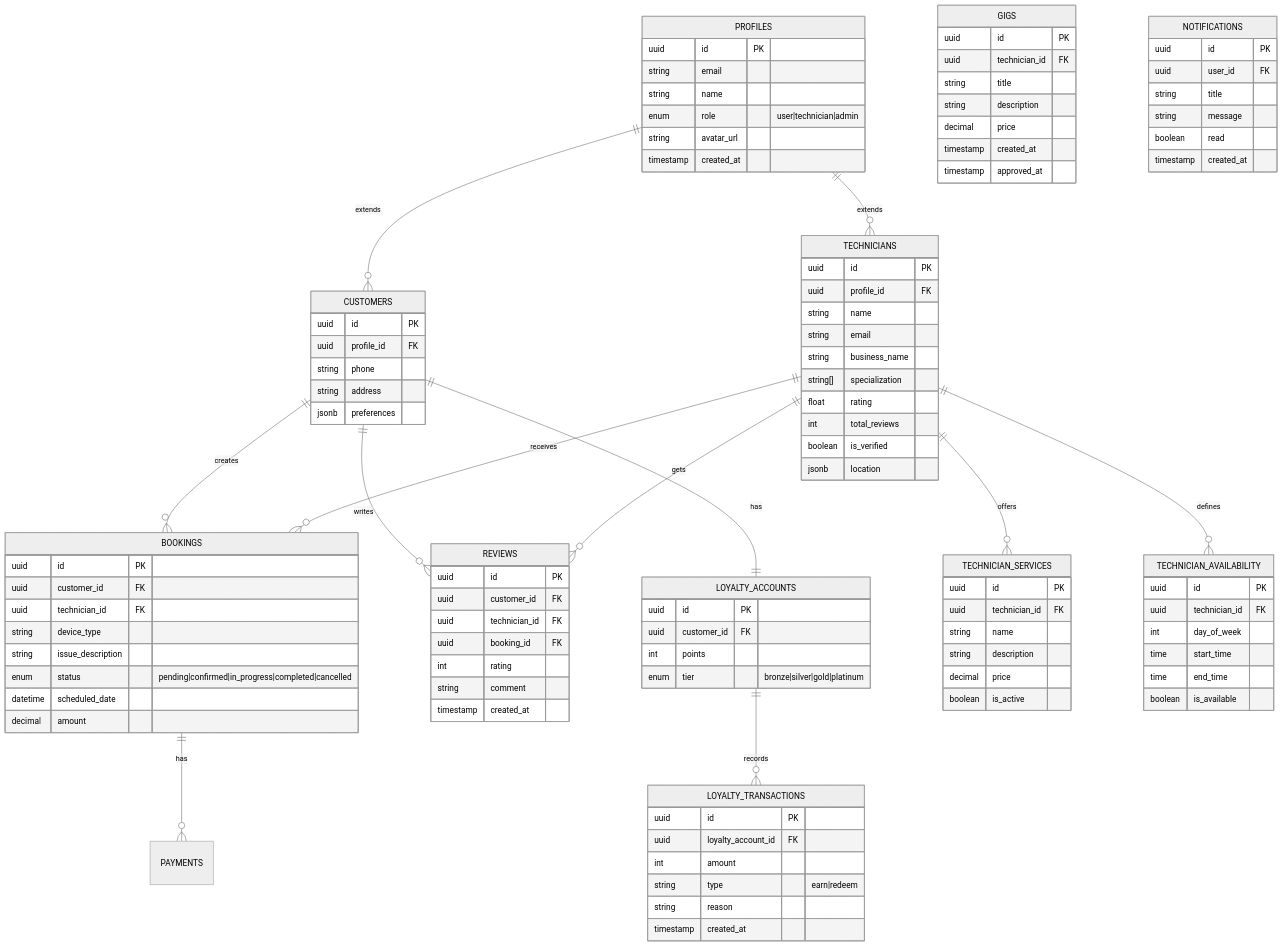
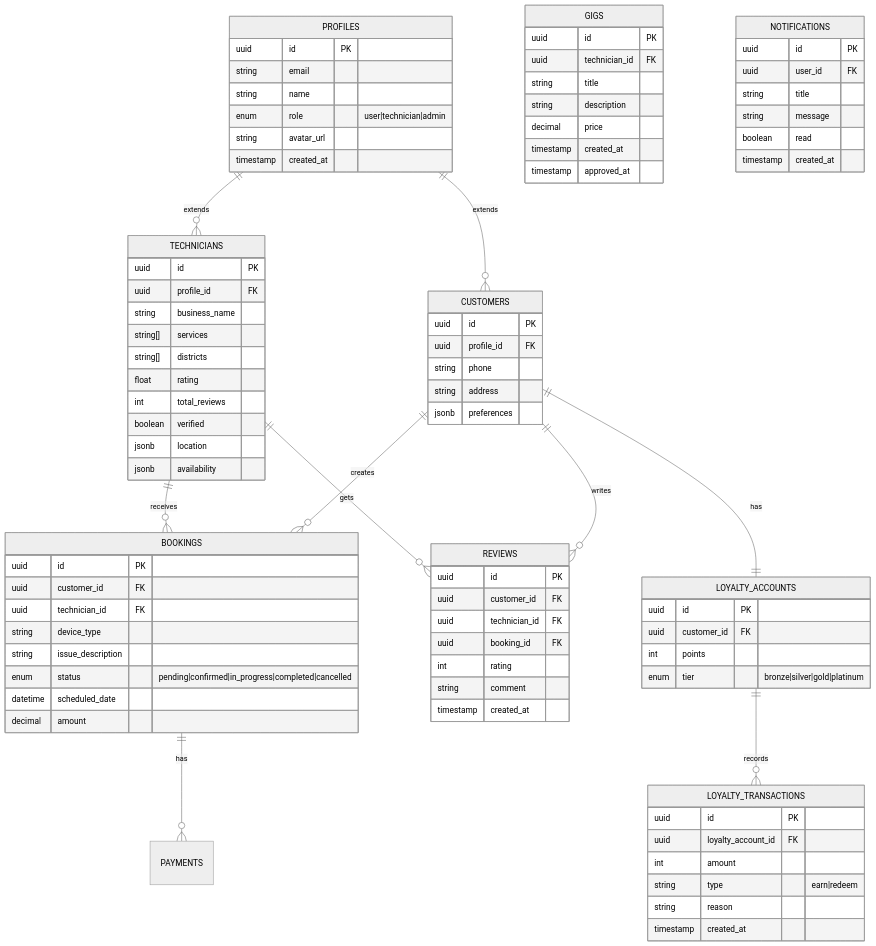
One commit to Irchika774/Tech-Care_official changed the third of 15 diagrams in README.md. Above: the diagram before and after it, drawn with Mermaid (neutral theme). The commit also changed other lines of this file and 8 other files, not shown here.

Commit message:
release(v2.5.0): Schema simplification, codebase cleanup & documentation sync

```diff
--- a/README.md
+++ b/README.md
@@ -267,37 +268,17 @@
     
     TECHNICIANS ||--o{ BOOKINGS : "receives"
     TECHNICIANS ||--o{ REVIEWS : "gets"
-    TECHNICIANS ||--o{ TECHNICIAN_SERVICES : "offers"
-    TECHNICIANS ||--o{ TECHNICIAN_AVAILABILITY : "defines"
     TECHNICIANS {
         uuid id PK
         uuid profile_id FK
-        string name
-        string email
         string business_name
-        string[] specialization
+        string[] services
+        string[] districts
         float rating
         int total_reviews
-        boolean is_verified
+        boolean verified
         jsonb location
-    }
-
-    TECHNICIAN_SERVICES {
-        uuid id PK
-        uuid technician_id FK
-        string name
-        string description
-        decimal price
-        boolean is_active
-    }
-
-    TECHNICIAN_AVAILABILITY {
-        uuid id PK
-        uuid technician_id FK
-        int day_of_week
-        time start_time
-        time end_time
-        boolean is_available
+        jsonb availability
     }
     
     BOOKINGS ||--o{ PAYMENTS : "has"
```
